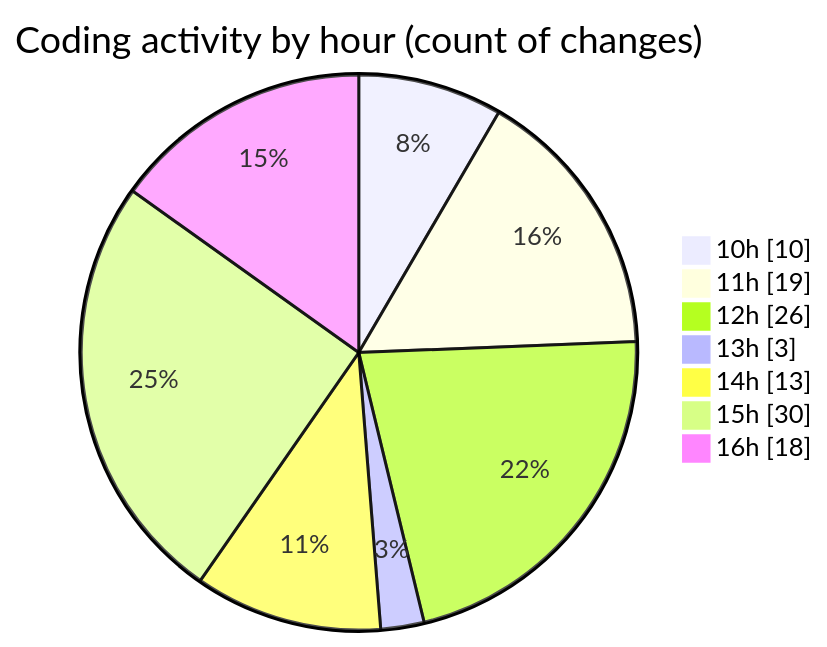
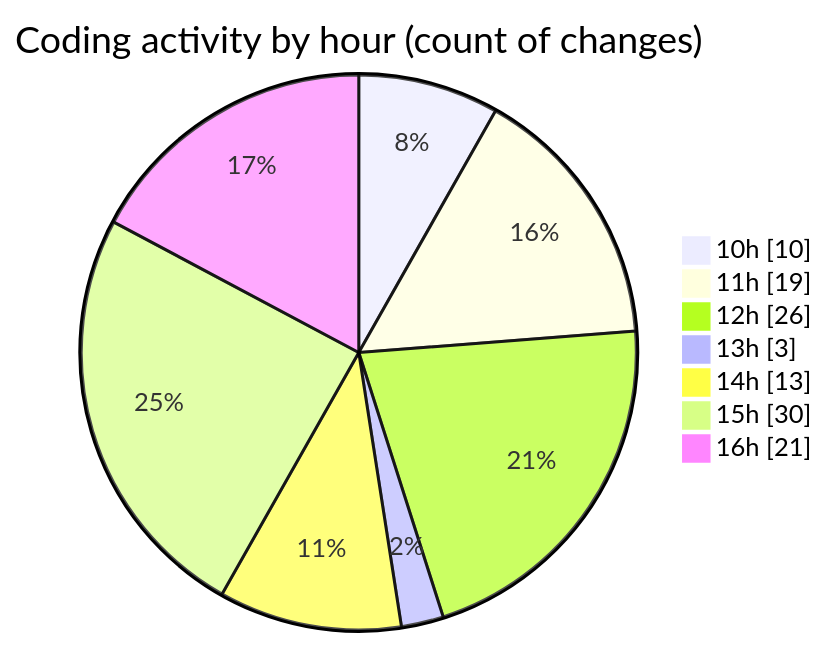
One commit to nxtqubesakshisongat/code-tracking changed the second of 2 diagrams in 2025-07-21/nxtqube_webapp/README.md. Above: the diagram before and after it, drawn with Mermaid. The commit also changed other lines of this file and 1 other file, not shown here.

````diff
--- a/2025-07-21/nxtqube_webapp/README.md
+++ b/2025-07-21/nxtqube_webapp/README.md
@@ -38,11 +38,11 @@
 ```mermaid
 pie showData
 title Coding activity by hour (count of changes)
 "10h" : 10
 "11h" : 19
 "12h" : 26
 "13h" : 3
 "14h" : 13
 "15h" : 30
-"16h" : 18
+"16h" : 21
 ```
````
